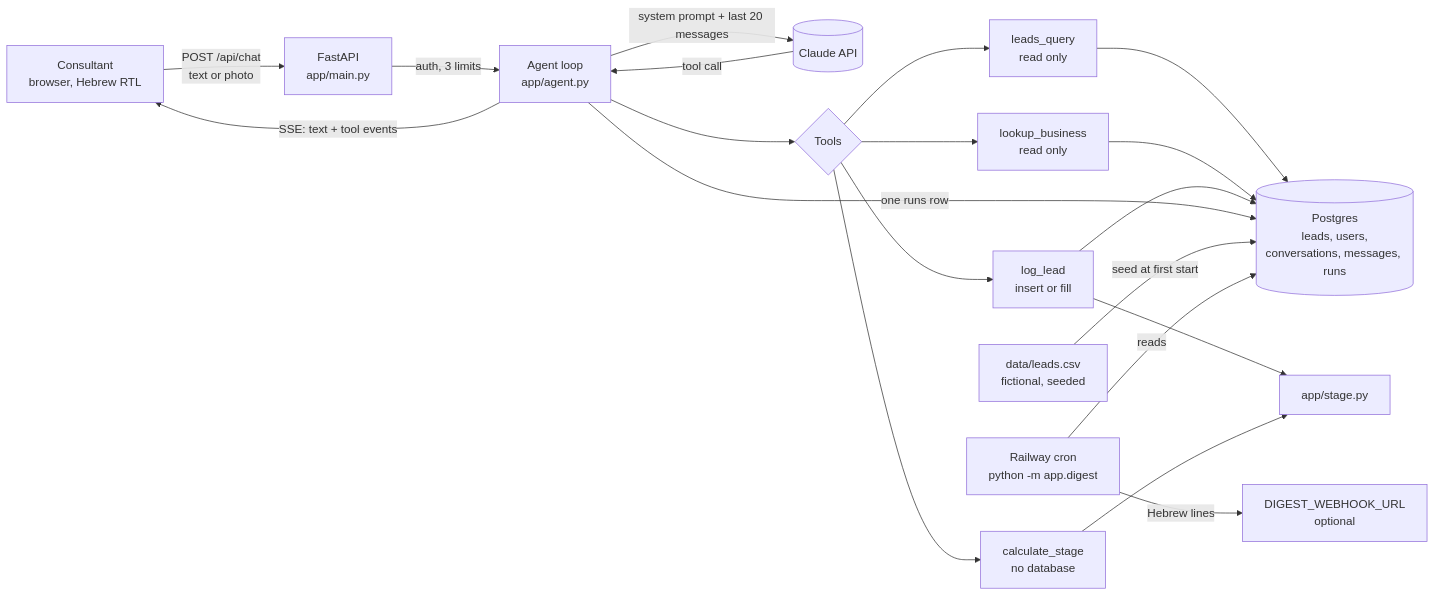
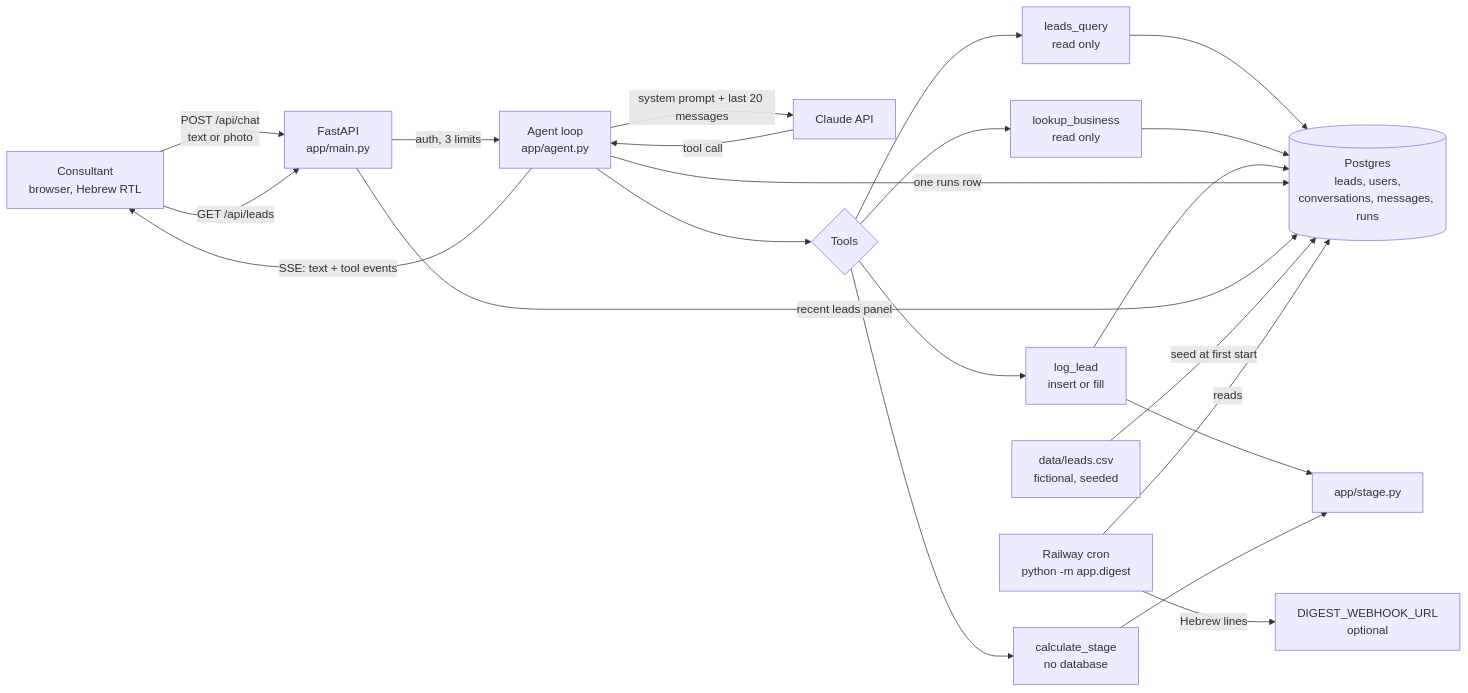
Before and after one commit to ozt5002-stack/aido-lead-copilot: the diagram in docs/02-architecture.md, drawn with Mermaid. The commit also changed other lines of this file and 1 other file, not shown here.

Commit message:
Architecture: digest origin filter, must_pass evals, full log_lead rules after review

````diff
--- a/docs/02-architecture.md
+++ b/docs/02-architecture.md
@@ -28,20 +28,22 @@
 ```mermaid
 flowchart LR
     U[Consultant<br/>browser, Hebrew RTL] -- "POST /api/chat<br/>text or photo" --> API[FastAPI<br/>app/main.py]
     API -- "auth, 3 limits" --> AG[Agent loop<br/>app/agent.py]
-    AG -- "system prompt + last 20 messages" --> M[(Claude API)]
+    AG -- "system prompt + last 20 messages" --> M[Claude API]
     M -- "tool call" --> AG
     AG --> T{Tools}
     T --> Q[leads_query<br/>read only]
     T --> L[lookup_business<br/>read only]
     T --> W[log_lead<br/>insert or fill]
     T --> C[calculate_stage<br/>no database]
     W --> S[app/stage.py]
     C --> S
     Q & L & W --> DB[(Postgres<br/>leads, users,<br/>conversations, messages, runs)]
     AG -- "SSE: text + tool events" --> U
     AG -- "one runs row" --> DB
+    U -- "GET /api/leads" --> API
+    API -- "recent leads panel" --> DB
     CSV[data/leads.csv<br/>fictional, seeded] -- "seed at first start" --> DB
     CRON[Railway cron<br/>python -m app.digest] -- "reads" --> DB
     CRON -- "Hebrew lines" --> HOOK[DIGEST_WEBHOOK_URL<br/>optional]
 ```
````
